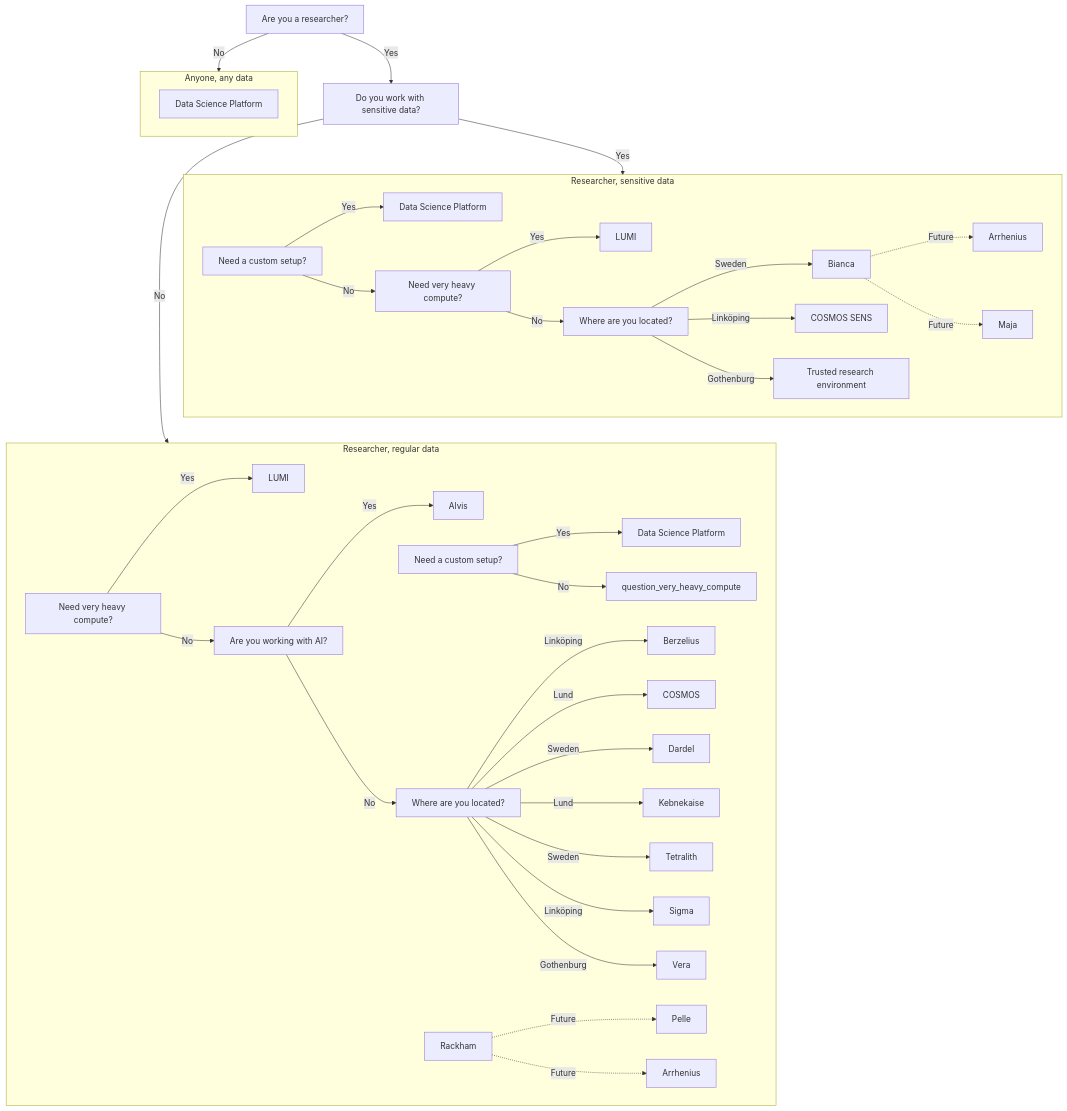
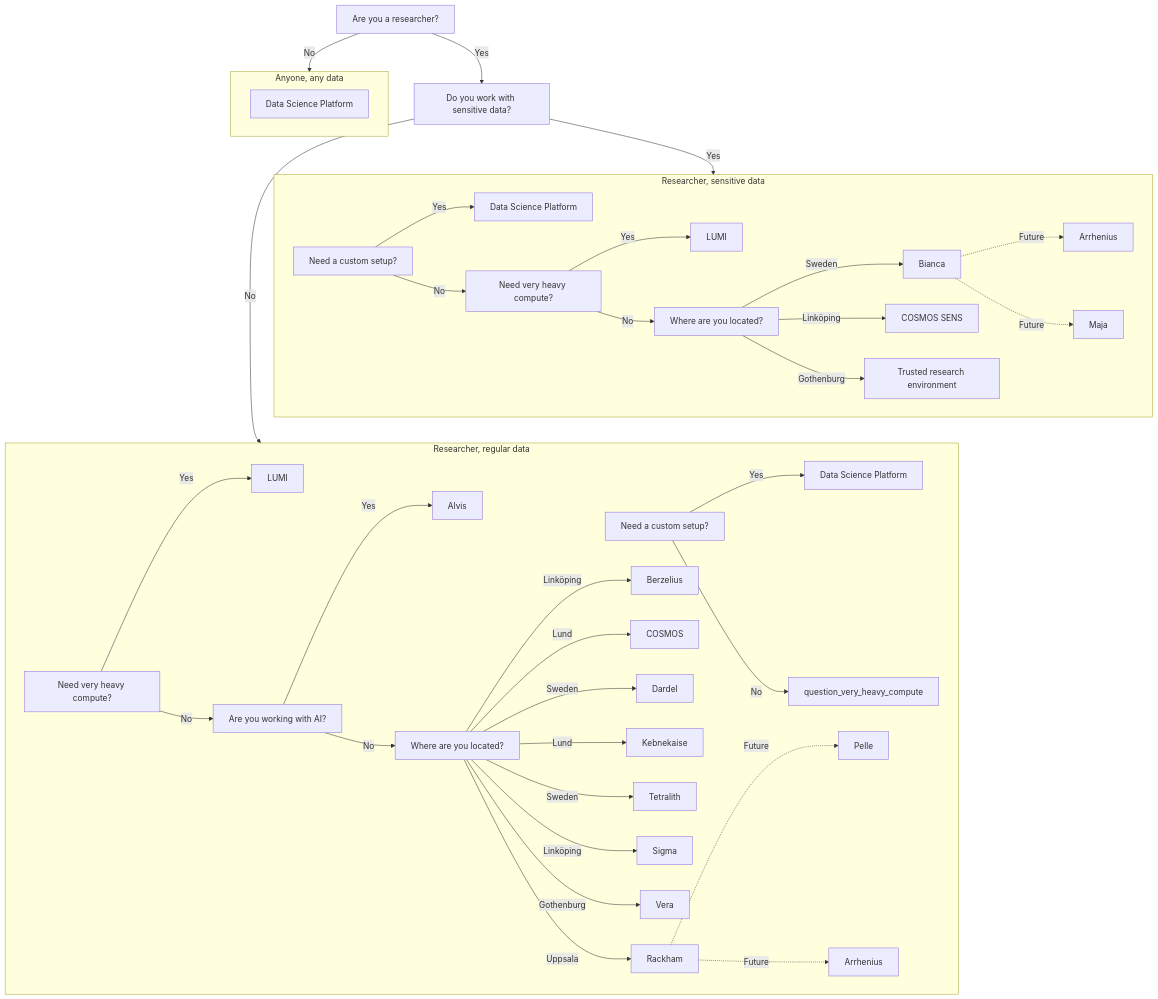
The diagram in docs/compute_1.md (NBISweden/SCoRe_user_doc), drawn with Mermaid before and after one commit.

Commit message:
Improve layout decision tree #14

```diff
--- a/docs/compute_1.md
+++ b/docs/compute_1.md
@@ -75,6 +75,7 @@
     question_where_rr --> |Sweden| tetralith
     question_where_rr --> |Linköping| sigma
     question_where_rr --> |Gothenburg| vera
+    question_where_rr --> |Uppsala| rackham
 
     rackham -.-> |Future| pelle
     rackham -.-> |Future| arrhenius_rr
```
